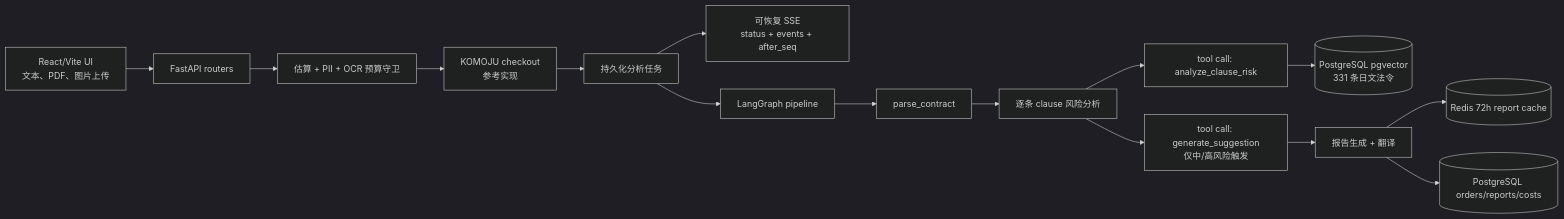
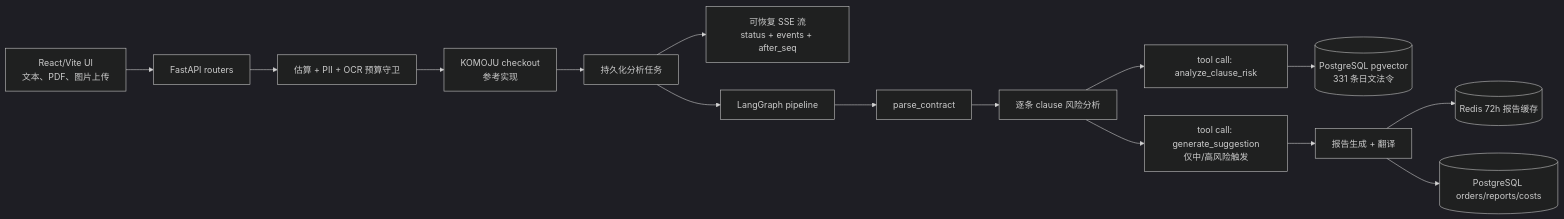
One commit to WIndFate/Legal-AI-Agent-Prototype changed the diagram in README_CN.md. Above: the diagram before and after it, drawn with Mermaid (dark theme). The commit also changed other lines of this file and 2 other files, not shown here.

````diff
--- a/README_CN.md
+++ b/README_CN.md
@@ -21,17 +21,17 @@
 ```mermaid
 flowchart LR
   U[React/Vite UI<br/>文本、PDF、图片上传] --> API[FastAPI routers]
   API --> Q[估算 + PII + OCR 预算守卫]
   Q --> PAY[KOMOJU checkout<br/>参考实现]
   PAY --> JOB[持久化分析任务]
-  JOB --> SSE[可恢复 SSE<br/>status + events + after_seq]
+  JOB --> SSE[可恢复 SSE 流<br/>status + events + after_seq]
   JOB --> LG[LangGraph pipeline]
   LG --> P[parse_contract]
   P --> A[逐条 clause 风险分析]
   A --> T[tool call: analyze_clause_risk]
   T --> RAG[(PostgreSQL pgvector<br/>331 条日文法令)]
   A --> S[tool call: generate_suggestion<br/>仅中/高风险触发]
   S --> REP[报告生成 + 翻译]
-  REP --> CACHE[(Redis 72h report cache)]
+  REP --> CACHE[(Redis 72h 报告缓存)]
   REP --> DB[(PostgreSQL orders/reports/costs)]
 ```
````
